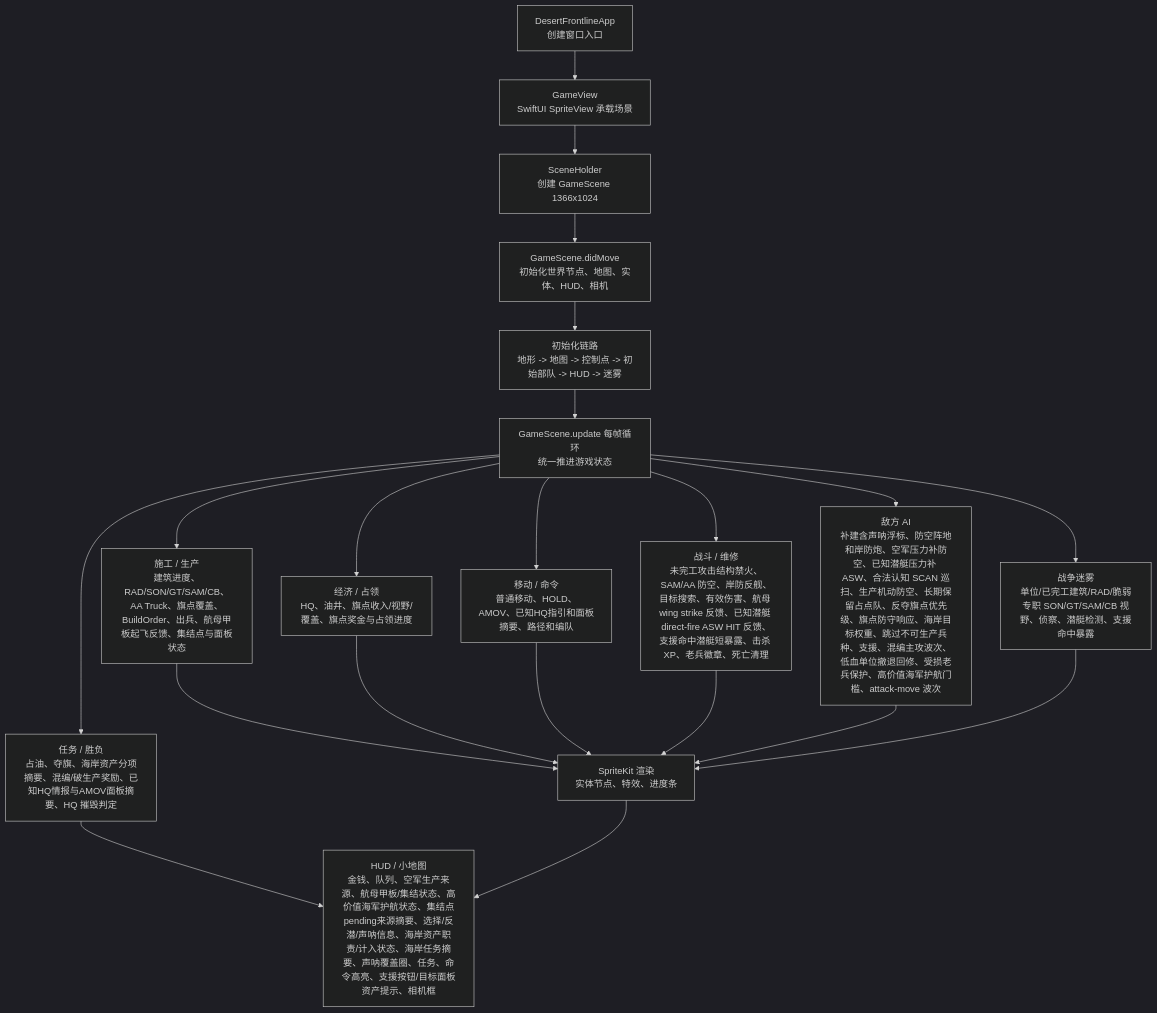
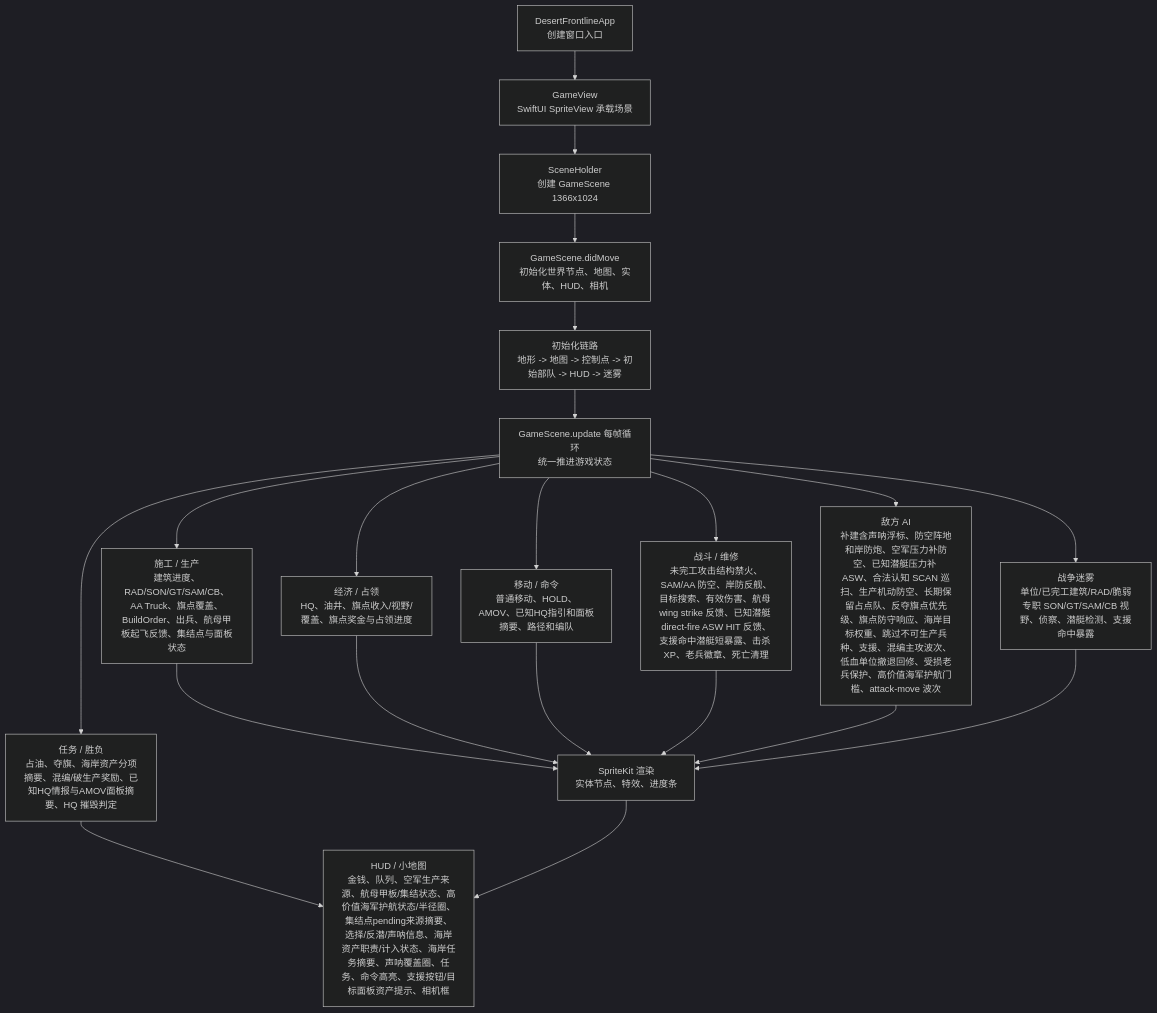
Before and after one commit to Altman-sam114/1145: the first of 3 diagrams in md/flow/flowchart.md, drawn with Mermaid (dark theme). The commit also changed 4 other files, not shown here.

````diff
--- a/md/flow/flowchart.md
+++ b/md/flow/flowchart.md
@@ -9,23 +9,23 @@
 ```mermaid
 flowchart TD
   App["DesertFrontlineApp\n创建窗口入口"] --> View["GameView\nSwiftUI SpriteView 承载场景"]
   View --> Holder["SceneHolder\n创建 GameScene 1366x1024"]
   Holder --> Scene["GameScene.didMove\n初始化世界节点、地图、实体、HUD、相机"]
   Scene --> Init["初始化链路\n地形 -> 地图 -> 控制点 -> 初始部队 -> HUD -> 迷雾"]
   Init --> Loop["GameScene.update 每帧循环\n统一推进游戏状态"]
   Loop --> Build["施工 / 生产\n建筑进度、RAD/SON/GT/SAM/CB、AA Truck、旗点覆盖、BuildOrder、出兵、航母甲板起飞反馈、集结点与面板状态"]
   Loop --> Economy["经济 / 占领\nHQ、油井、旗点收入/视野/覆盖、旗点奖金与占领进度"]
   Loop --> Commands["移动 / 命令\n普通移动、HOLD、AMOV、已知HQ指引和面板摘要、路径和编队"]
   Loop --> Combat["战斗 / 维修\n未完工攻击结构禁火、SAM/AA 防空、岸防反舰、目标搜索、有效伤害、航母 wing strike 反馈、已知潜艇 direct-fire ASW HIT 反馈、支援命中潜艇短暴露、击杀 XP、老兵徽章、死亡清理"]
   Loop --> AI["敌方 AI\n补建含声呐浮标、防空阵地和岸防炮、空军压力补防空、已知潜艇压力补 ASW、合法认知 SCAN 巡扫、生产机动防空、长期保留占点队、反夺旗点优先级、旗点防守响应、海岸目标权重、跳过不可生产兵种、支援、混编主攻波次、低血单位撤退回修、受损老兵保护、高价值海军护航门槛、attack-move 波次"]
   Loop --> Fog["战争迷雾\n单位/已完工建筑/RAD/脆弱专职 SON/GT/SAM/CB 视野、侦察、潜艇检测、支援命中暴露"]
   Loop --> Mission["任务 / 胜负\n占油、夺旗、海岸资产分项摘要、混编/破生产奖励、已知HQ情报与AMOV面板摘要、HQ 摧毁判定"]
   Build --> Render["SpriteKit 渲染\n实体节点、特效、进度条"]
   Economy --> Render
   Commands --> Render
   Combat --> Render
   AI --> Render
   Fog --> Render
-  Mission --> HUD["HUD / 小地图\n金钱、队列、空军生产来源、航母甲板/集结状态、高价值海军护航状态、集结点pending来源摘要、选择/反潜/声呐信息、海岸资产职责/计入状态、海岸任务摘要、声呐覆盖圈、任务、命令高亮、支援按钮/目标面板资产提示、相机框"]
+  Mission --> HUD["HUD / 小地图\n金钱、队列、空军生产来源、航母甲板/集结状态、高价值海军护航状态/半径圈、集结点pending来源摘要、选择/反潜/声呐信息、海岸资产职责/计入状态、海岸任务摘要、声呐覆盖圈、任务、命令高亮、支援按钮/目标面板资产提示、相机框"]
   Render --> HUD
 ```
````
